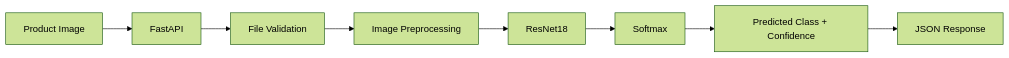
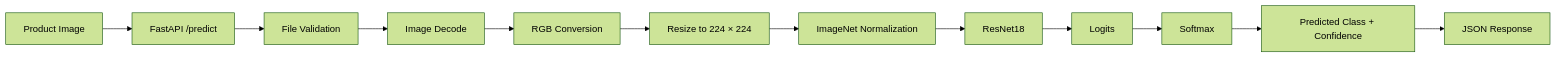
One commit to abdullah763/spark-ai-visual-defect-detection changed the third of 6 diagrams in docs/architecture.md. Above: the diagram before and after it, drawn with Mermaid (forest theme). The commit also changed other lines of this file and 1 other file, not shown here.

Commit message:
Finalize dataset and architecture documentation

````diff
--- a/docs/architecture.md
+++ b/docs/architecture.md
@@ -36,10 +115,14 @@
 ```mermaid
 flowchart LR
-    A[Product Image] --> B[FastAPI]
+    A[Product Image] --> B[FastAPI /predict]
     B --> C[File Validation]
-    C --> D[Image Preprocessing]
-    D --> E[ResNet18]
-    E --> F[Softmax]
-    F --> G[Predicted Class + Confidence]
-    G --> H[JSON Response]
+    C --> D[Image Decode]
+    D --> E[RGB Conversion]
+    E --> F[Resize to 224 × 224]
+    F --> G[ImageNet Normalization]
+    G --> H[ResNet18]
+    H --> I[Logits]
+    I --> J[Softmax]
+    J --> K[Predicted Class + Confidence]
+    K --> L[JSON Response]
 ```
````
